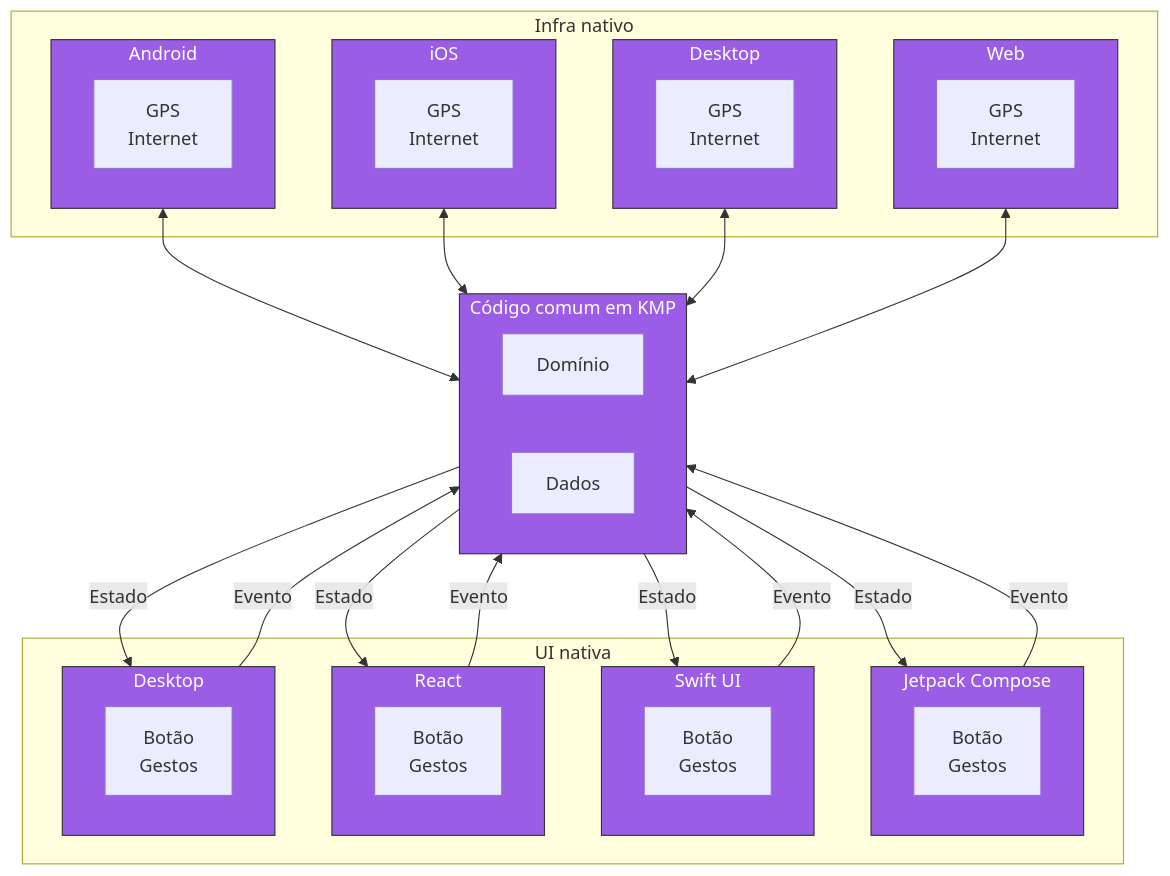
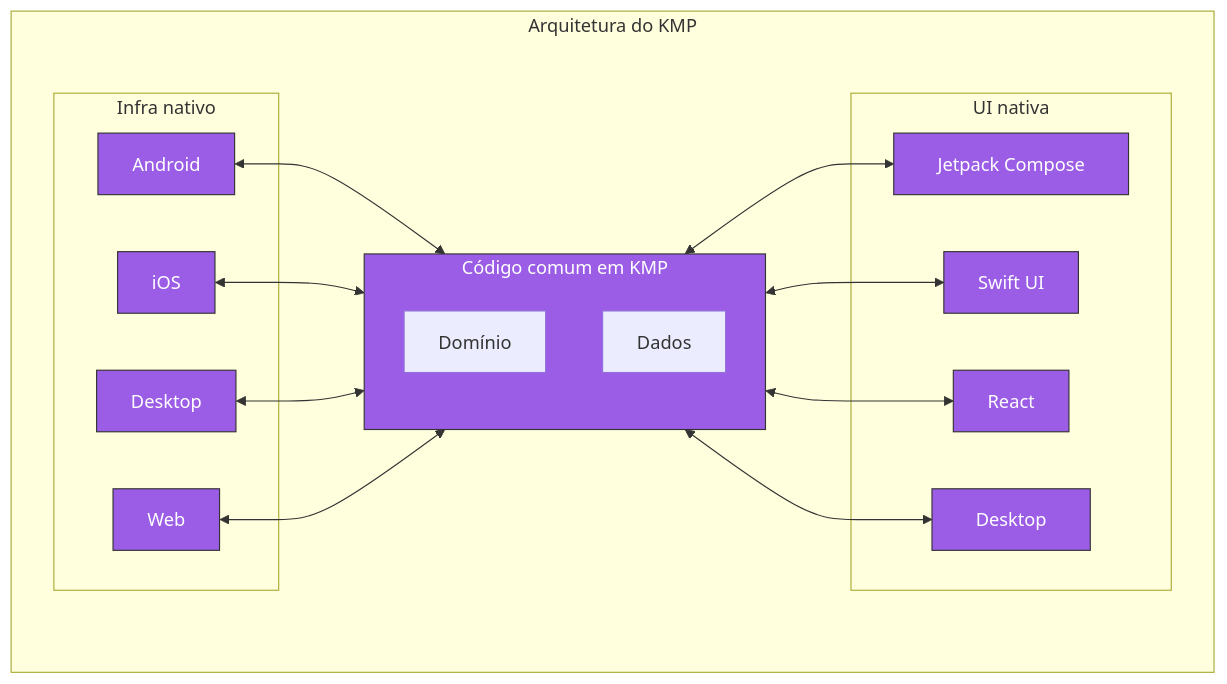
One commit to rsicarelli/KMP-101 changed the ninth of 9 diagrams in posts/KMP101-parte1.md. Above: the diagram before and after it, drawn with Mermaid. The commit also changed other lines of this file and 2 other files, not shown here.

Commit message:
added graphs for flutter stats

````diff
--- a/posts/KMP101-parte1.md
+++ b/posts/KMP101-parte1.md
@@ -395,59 +429,36 @@
 ```mermaid
+
 graph TD
-    subgraph UI["UI nativa"]
-        subgraph Android_UI["&nbsp&nbspJetpack Compose&nbsp&nbsp"]
-            AndroidButton[Botão <br> Gestos]
+    subgraph KMP["Arquitetura do KMP"]
+        subgraph UI["UI nativa"]
+            Android_UI["&nbsp&nbspJetpack Compose&nbsp&nbsp"]
+            iOS_UI["Swift UI"]
+            Web_UI["React"]
+            Desktop_UI["&nbsp&nbspDesktop&nbsp&nbsp"]
         end
 
-        subgraph iOS_UI["Swift UI"]
-            iOSButton[Botão <br> Gestos]
+        subgraph KotlinMP["Código comum em KMP"]
+            KMPDomain[Domínio]
+            KMPData[Dados]
         end
 
-        subgraph Web_UI["React"]
-            WebButton[Botão <br> ️Gestos]
-        end
-
-        subgraph Desktop_UI["&nbsp&nbspDesktop&nbsp&nbsp"]
-            DesktopButton[Botão <br> ️Gestos]
+        subgraph Infra["Infra nativo"]
+            Android_Infra["Android"]
+            iOS_Infra["iOS"]
+            Desktop_Infra["Desktop"]
+            Web_Infra["Web"]
         end
     end
 
-    subgraph KotlinMP["Código comum em KMP"]
-        KMPDomain[Domínio]
-        KMPData[Dados]
-    end
-
-    subgraph Infra["Infra nativo"]
-        subgraph Android_Infra["Android"]
-            AndroidGPS[️GPS <br> Internet]
-        end
-
-        subgraph iOS_Infra["iOS"]
-            iOSGPS[GPS <br> Internet]
-        end
-
-        subgraph Desktop_Infra["Desktop"]
-            DesktopGPS[️GPS <br> Internet]
-        end
-
-        subgraph Web_Infra["Web"]
-            WebGPS[️GPS <br> Internet]
-        end
-    end
-
-    Android_UI -->|Evento| KotlinMP
-    iOS_UI -->|Evento| KotlinMP
-    Web_UI -->|Evento| KotlinMP
-    Desktop_UI -->|Evento| KotlinMP
-    KotlinMP -->|Estado| Android_UI
-    KotlinMP -->|Estado| iOS_UI
-    KotlinMP -->|Estado| Web_UI
-    KotlinMP -->|Estado| Desktop_UI
+    KotlinMP <--> Android_UI
+    KotlinMP <--> iOS_UI
+    KotlinMP <--> Web_UI
+    KotlinMP <--> Desktop_UI
     Android_Infra <--> KotlinMP
     iOS_Infra <--> KotlinMP
     Desktop_Infra <--> KotlinMP
     Web_Infra <--> KotlinMP
     classDef area fill: #9b5de5, color: #fff, stroke: #333, stroke-width: 1px
     class Android_UI,iOS_UI,Web_UI,Desktop_UI,KotlinMP area;
     class Android_Infra,iOS_Infra,Desktop_Infra,Web_Infra area;
 ```
````
